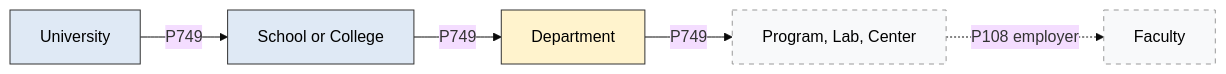
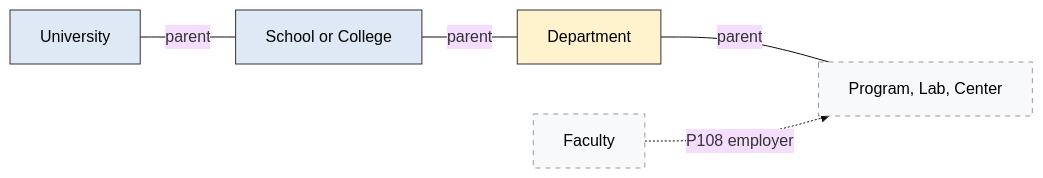
One commit to ipeirotis-org/academiabot changed the first of 2 diagrams in README.md. Above: the diagram before and after it, drawn with Mermaid (base theme). The commit also changed other lines of this file and 6 other files, not shown here.

First line of the commit message:
Give up after 3 failed attempts; explicit lists skip done QIDs; diagram and deploy fixes

````diff
--- a/README.md
+++ b/README.md
@@ -16,12 +16,12 @@
 ```mermaid
 flowchart LR
-    U[University] -->|P749| S[School or College]
-    S -->|P749| D[Department]
-    D -->|P749| P[Program, Lab, Center]
-    P -.->|P108 employer| F[Faculty]
+    U[University] ---|parent| S[School or College]
+    S ---|parent| D[Department]
+    D ---|parent| P[Program, Lab, Center]
+    F[Faculty] -.->|P108 employer| P
     style U fill:#dfe9f5,stroke:#333,color:#000
     style S fill:#dfe9f5,stroke:#333,color:#000
     style D fill:#fff3cd,stroke:#333,color:#000
     style P fill:#f8f9fa,stroke:#999,stroke-dasharray: 5 5,color:#000
     style F fill:#f8f9fa,stroke:#999,stroke-dasharray: 5 5,color:#000
 ```
````
